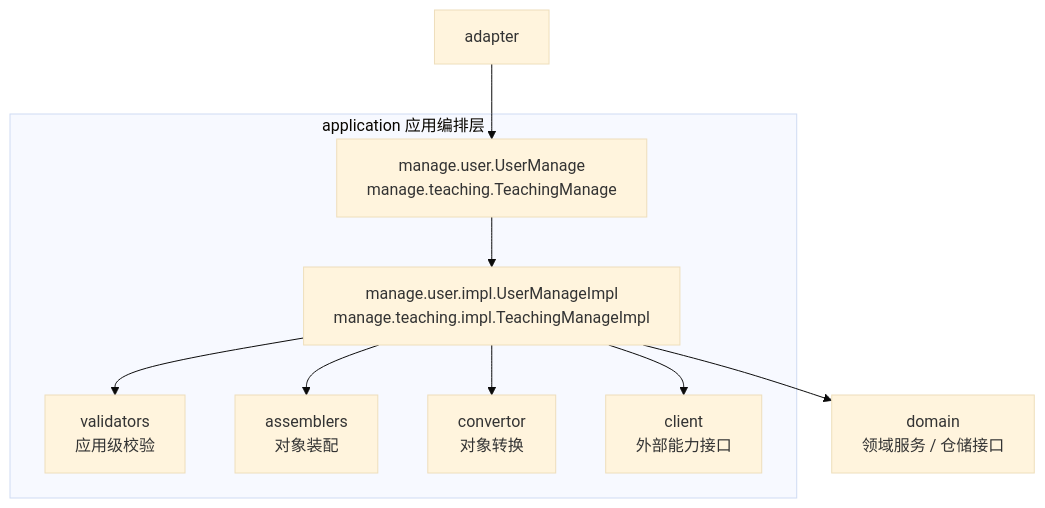
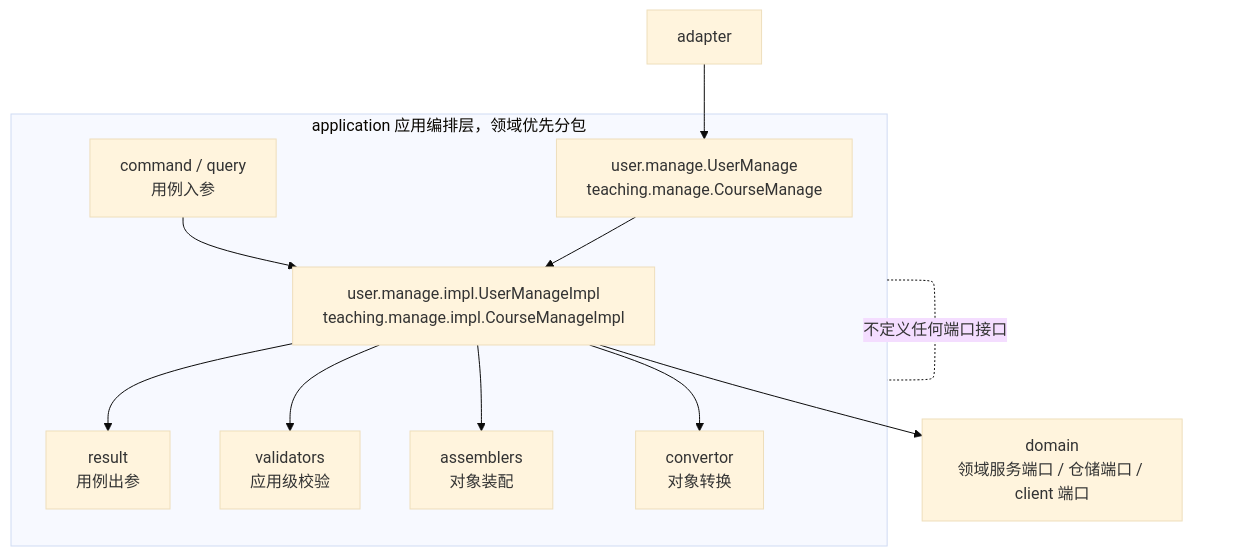
Before and after one commit to AllenDEricDAlexander/Egon-COLA: the sixth of 19 diagrams in egon-cola-archetypes/architecture-mermaid-diagrams.md, drawn with Mermaid (base theme). The commit also changed other lines of this file and 32 other files, not shown here.

First line of the commit message:
fix(archetypes): make architecture governance actually enforce, correct guide docs

````diff
--- a/egon-cola-archetypes/architecture-mermaid-diagrams.md
+++ b/egon-cola-archetypes/architecture-mermaid-diagrams.md
@@ -138,20 +158,23 @@
 ```mermaid
 flowchart TD
-    ADAPTER["adapter"] --> MANAGE["application.manage.{domain}.*"]
+    ADAPTER["adapter"] --> MANAGE
 
-    subgraph APPLICATION["application 应用编排层"]
-        MANAGE["manage.user.UserManage<br/>manage.teaching.TeachingManage"]
-        MANAGE_IMPL["manage.user.impl.UserManageImpl<br/>manage.teaching.impl.TeachingManageImpl"]
+    subgraph APPLICATION["application 应用编排层，领域优先分包"]
+        MANAGE["user.manage.UserManage<br/>teaching.manage.CourseManage"]
+        MANAGE_IMPL["user.manage.impl.UserManageImpl<br/>teaching.manage.impl.CourseManageImpl"]
+        COMMAND["command / query<br/>用例入参"]
+        RESULT["result<br/>用例出参"]
         VALIDATOR["validators<br/>应用级校验"]
         ASSEMBLER["assemblers<br/>对象装配"]
         CONVERTOR["convertor<br/>对象转换"]
-        CLIENT["client<br/>外部能力接口"]
     end
 
     MANAGE --> MANAGE_IMPL
+    COMMAND --> MANAGE_IMPL
     MANAGE_IMPL --> VALIDATOR
     MANAGE_IMPL --> ASSEMBLER
     MANAGE_IMPL --> CONVERTOR
-    MANAGE_IMPL --> CLIENT
-    MANAGE_IMPL --> DOMAIN["domain<br/>领域服务 / 仓储接口"]
+    MANAGE_IMPL --> RESULT
+    MANAGE_IMPL --> DOMAIN["domain<br/>领域服务端口 / 仓储端口 / client 端口"]
+    APPLICATION -. " 不定义任何端口接口 " .- APPLICATION
 ```
````
